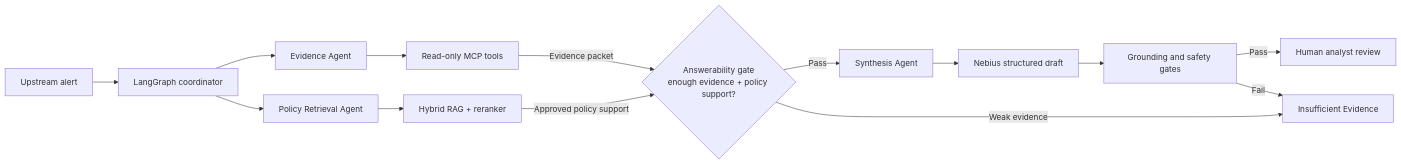
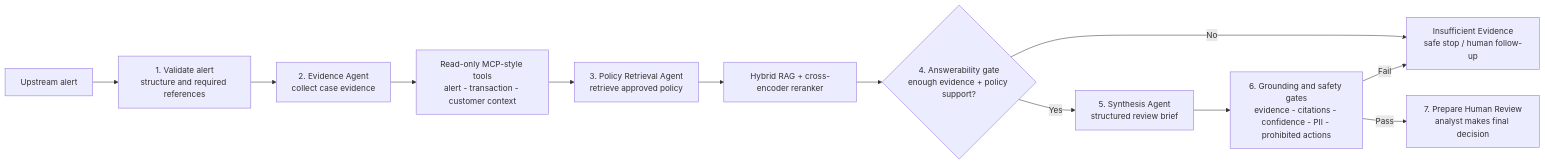
The diagram in README.md (sharath-dandamudi/meridian-payment-scam-review-copilot), drawn with Mermaid before and after one commit. The commit also changed 1 other file, not shown here.

Commit message:
Clarify and number Meridian workflow diagram

````diff
--- a/README.md
+++ b/README.md
@@ -21,16 +21,20 @@
 ```mermaid
 flowchart LR
-    A[Upstream alert] --> B[LangGraph coordinator]
-    B --> C[Evidence Agent]
-    C --> D[Read-only MCP tools]
-    D -->|Evidence packet| G{Answerability gate<br/>enough evidence + policy support?}
-    B --> E[Policy Retrieval Agent]
-    E --> F[Hybrid RAG + reranker]
-    F -->|Approved policy support| G
-    G -->|Pass| H[Synthesis Agent]
-    G -->|Weak evidence| I[Insufficient Evidence]
-    H --> J[Nebius structured draft]
-    J --> K[Grounding and safety gates]
-    K -->|Pass| L[Human analyst review]
-    K -->|Fail| I
+    A[Upstream alert] --> B[1. Validate alert<br/>structure and required references]
+
+    B --> C[2. Evidence Agent<br/>collect case evidence]
+    C --> D[Read-only MCP-style tools<br/>alert - transaction - customer context]
+
+    D --> E[3. Policy Retrieval Agent<br/>retrieve approved policy]
+    E --> F[Hybrid RAG + cross-encoder reranker]
+
+    F --> G{4. Answerability gate<br/>enough evidence + policy support?}
+
+    G -->|No| H[Insufficient Evidence<br/>safe stop / human follow-up]
+    G -->|Yes| I[5. Synthesis Agent<br/>structured review brief]
+
+    I --> J[6. Grounding and safety gates<br/>evidence - citations - confidence - PII - prohibited actions]
+
+    J -->|Pass| K[7. Prepare Human Review<br/>analyst makes final decision]
+    J -->|Fail| H
 ```
````
